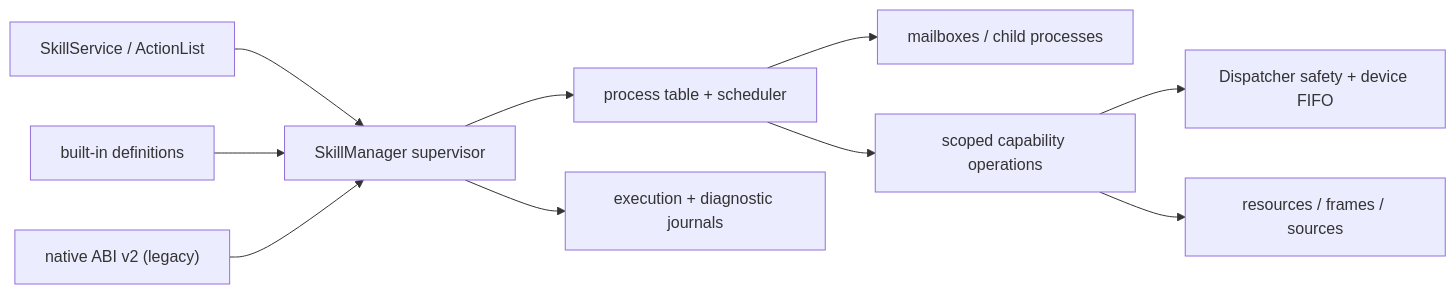
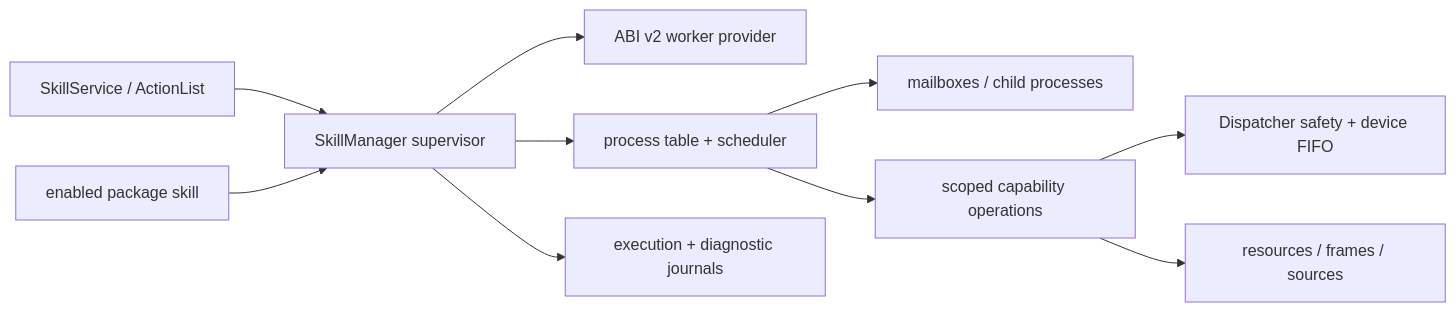
The diagram in docs/eos/design/runtime/skills.md (Island-Team/Aether-EOS-R), drawn with Mermaid before and after one commit. The commit also changed other lines of this file and 1196 other files, not shown here.

````diff
--- a/docs/eos/design/runtime/skills.md
+++ b/docs/eos/design/runtime/skills.md
@@ -28,12 +56,12 @@
 ```mermaid
 flowchart LR
   clients["SkillService / ActionList"] --> manager["SkillManager supervisor"]
-  builtin["built-in definitions"] --> manager
-  native["native ABI v2 (legacy)"] --> manager
+  package["enabled package skill"] --> manager
+  manager --> native["ABI v2 worker provider"]
   manager --> table["process table + scheduler"]
   table --> ipc["mailboxes / child processes"]
   table --> capabilities["scoped capability operations"]
   capabilities --> dispatcher["Dispatcher safety + device FIFO"]
   capabilities --> perception["resources / frames / sources"]
   manager --> journals["execution + diagnostic journals"]
 ```
````
